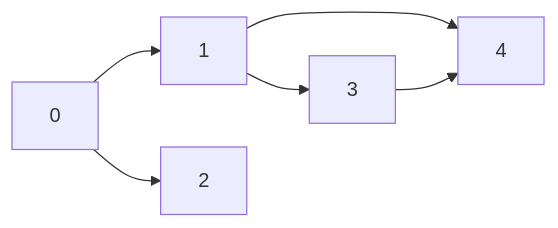
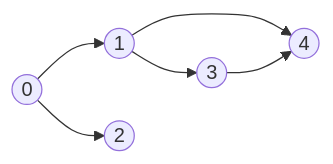
One commit to russhustle/leetpattern changed the second of 2 diagrams in docs/graph_topological_sort.md. Above: the diagram before and after it, drawn with Mermaid. The commit also changed other lines of this file and 3 other files, not shown here.

````diff
--- a/docs/graph_topological_sort.md
+++ b/docs/graph_topological_sort.md
@@ -35,8 +39,8 @@
 ```mermaid
 graph LR
-0 --> 2
-0 --> 1
-1 --> 3
-1 --> 4
+0((0)) --> 2((2))
+0 --> 1((1))
+1 --> 3((3))
+1 --> 4((4))
 3 --> 4
 ```
````
